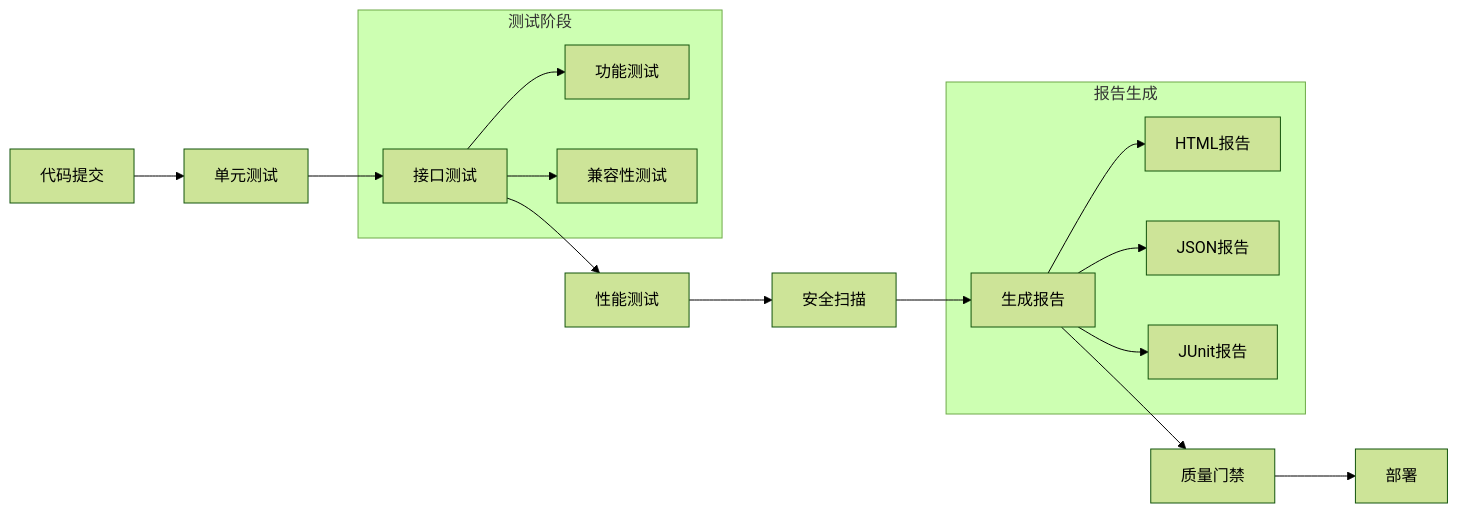
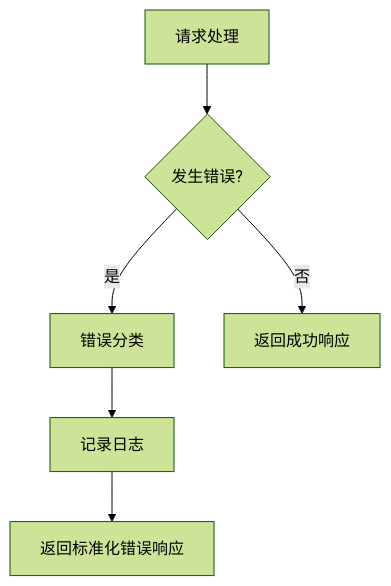
The second of 3 diagrams in docs/technical.md (zgsm-ai/codebase-embedder), drawn with Mermaid (forest theme) before and after one commit. The commit also changed other lines of this file and 11 other files, not shown here.

````diff
--- a/docs/technical.md
+++ b/docs/technical.md
@@ -252,26 +285,8 @@
 ```mermaid
-graph LR
-    A[代码提交] --> B[单元测试]
-    B --> C[接口测试]
-    C --> D[性能测试]
-    D --> E[安全扫描]
-    E --> F[生成报告]
-    F --> G[质量门禁]
-    G --> H[部署]
-    
-    subgraph "测试阶段"
-        C1[功能测试]
-        C2[兼容性测试]
-        C --> C1
-        C --> C2
-    end
-    
-    subgraph "报告生成"
-        F1[HTML报告]
-        F2[JSON报告]
-        F3[JUnit报告]
-        F --> F1
-        F --> F2
-        F --> F3
-    end
+graph TD
+    A[请求处理] --> B{发生错误?}
+    B -->|是| C[错误分类]
+    C --> D[记录日志]
+    D --> E[返回标准化错误响应]
+    B -->|否| F[返回成功响应]
 ```
````
